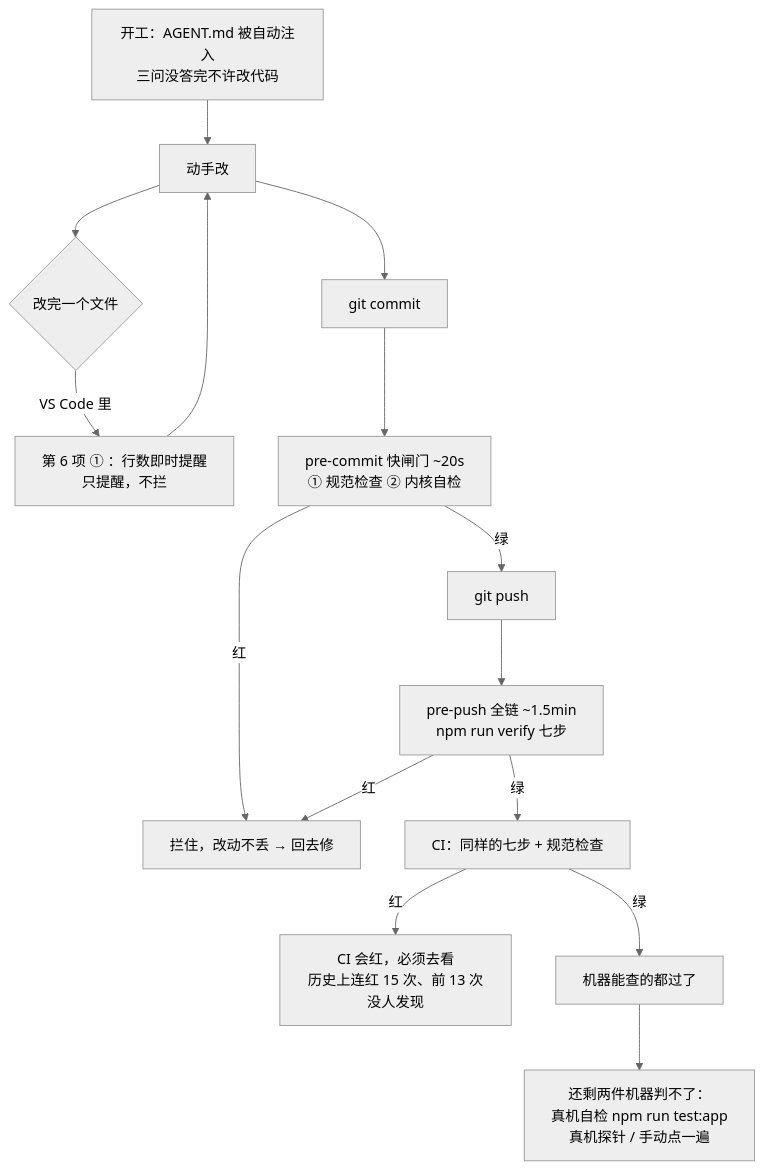
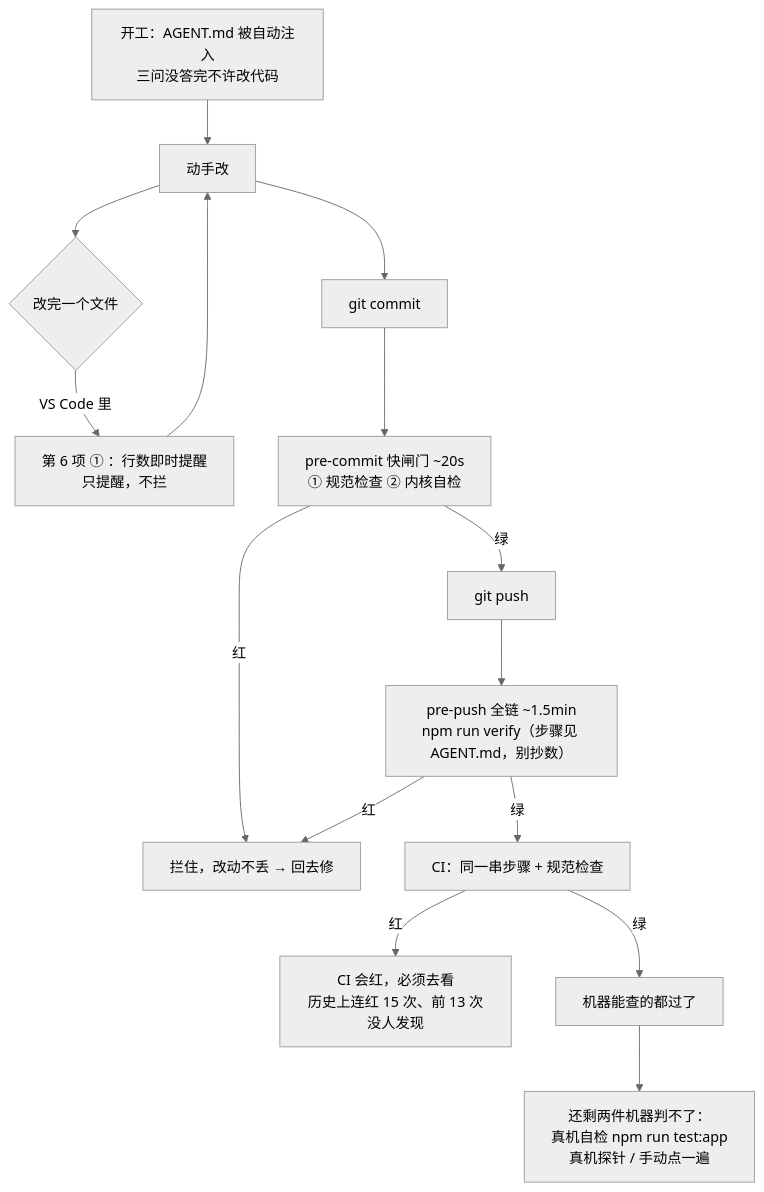
One commit to KhooTsuen/harbor-agent changed the diagram in docs/约束机制说明.md. Above: the diagram before and after it, drawn with Mermaid (neutral theme). The commit also changed other lines of this file and 31 other files, not shown here.

````diff
--- a/docs/约束机制说明.md
+++ b/docs/约束机制说明.md
@@ -38,17 +39,17 @@
 ```mermaid
 flowchart TD
     A[开工：AGENT.md 被自动注入<br/>三问没答完不许改代码] --> B[动手改]
     B --> C{改完一个文件}
     C -->|VS Code 里| D[第 6 项 ① ：行数即时提醒<br/>只提醒，不拦]
     D --> B
     B --> E[git commit]
     E --> F[pre-commit 快闸门 ~20s<br/>① 规范检查 ② 内核自检]
     F -->|红| G[拦住，改动不丢 → 回去修]
     F -->|绿| H[git push]
-    H --> I[pre-push 全链 ~1.5min<br/>npm run verify 七步]
+    H --> I[pre-push 全链 ~1.5min<br/>npm run verify（步骤见 AGENT.md，别抄数）]
     I -->|红| G
-    I -->|绿| J[CI：同样的七步 + 规范检查]
+    I -->|绿| J[CI：同一串步骤 + 规范检查]
     J -->|红| K[CI 会红，必须去看<br/>历史上连红 15 次、前 13 次没人发现]
     J -->|绿| L[机器能查的都过了]
     L --> M[还剩两件机器判不了：<br/>真机自检 npm run test:app<br/>真机探针 / 手动点一遍]
 ```
````
